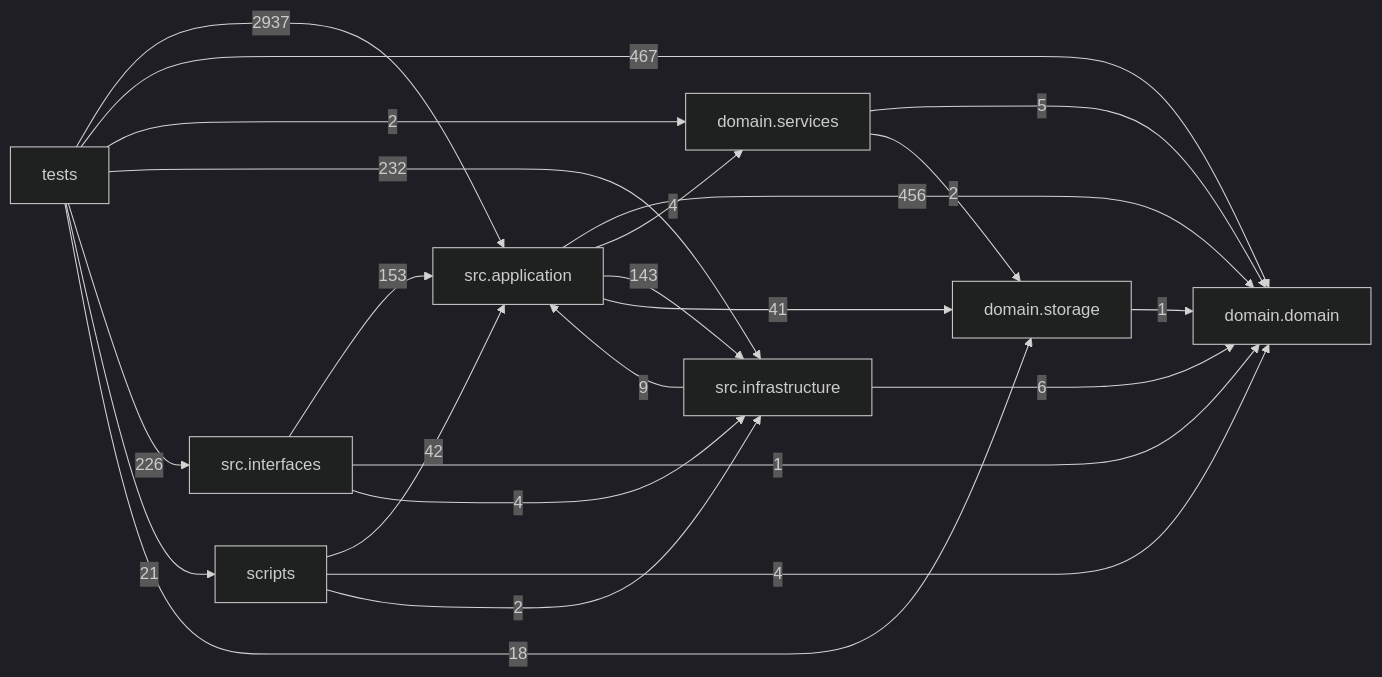
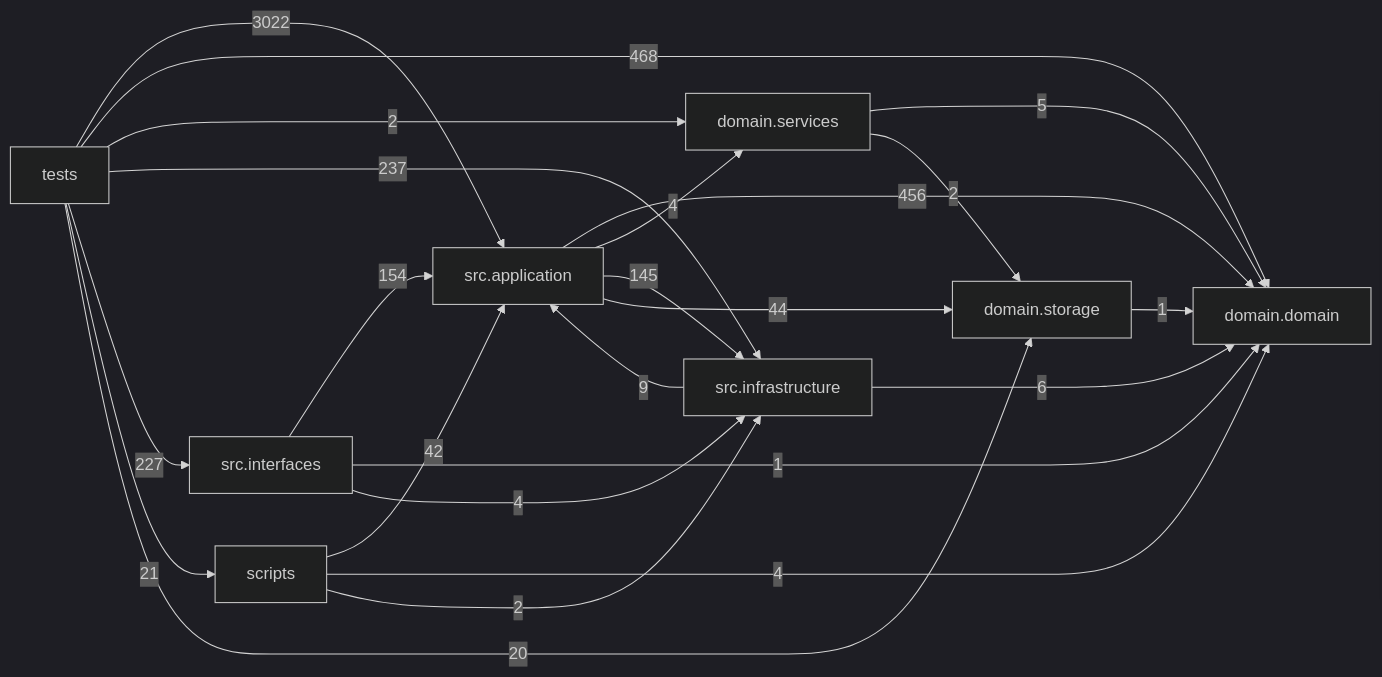
Before and after one commit to liuxie066/options-monitor: the diagram in docs/DEPENDENCY_GRAPH.md, drawn with Mermaid (dark theme). The commit also changed other lines of this file and 173 other files, not shown here.

````diff
--- a/docs/DEPENDENCY_GRAPH.md
+++ b/docs/DEPENDENCY_GRAPH.md
@@ -24,33 +24,33 @@
 ```mermaid
 flowchart LR
   tests["tests"]
   scripts["scripts"]
   interfaces["src.interfaces"]
   application["src.application"]
   infrastructure["src.infrastructure"]
   domain_services["domain.services"]
   domain["domain.domain"]
   storage["domain.storage"]
   application -->|456| domain
   application -->|4| domain_services
-  application -->|143| infrastructure
-  application -->|41| storage
+  application -->|145| infrastructure
+  application -->|44| storage
   domain_services -->|5| domain
   domain_services -->|2| storage
   infrastructure -->|9| application
   infrastructure -->|6| domain
-  interfaces -->|153| application
+  interfaces -->|154| application
   interfaces -->|1| domain
   interfaces -->|4| infrastructure
   scripts -->|42| application
   scripts -->|4| domain
   scripts -->|2| infrastructure
   storage -->|1| domain
-  tests -->|2937| application
-  tests -->|467| domain
+  tests -->|3022| application
+  tests -->|468| domain
   tests -->|2| domain_services
-  tests -->|232| infrastructure
-  tests -->|226| interfaces
+  tests -->|237| infrastructure
+  tests -->|227| interfaces
   tests -->|21| scripts
-  tests -->|18| storage
+  tests -->|20| storage
 ```
````
